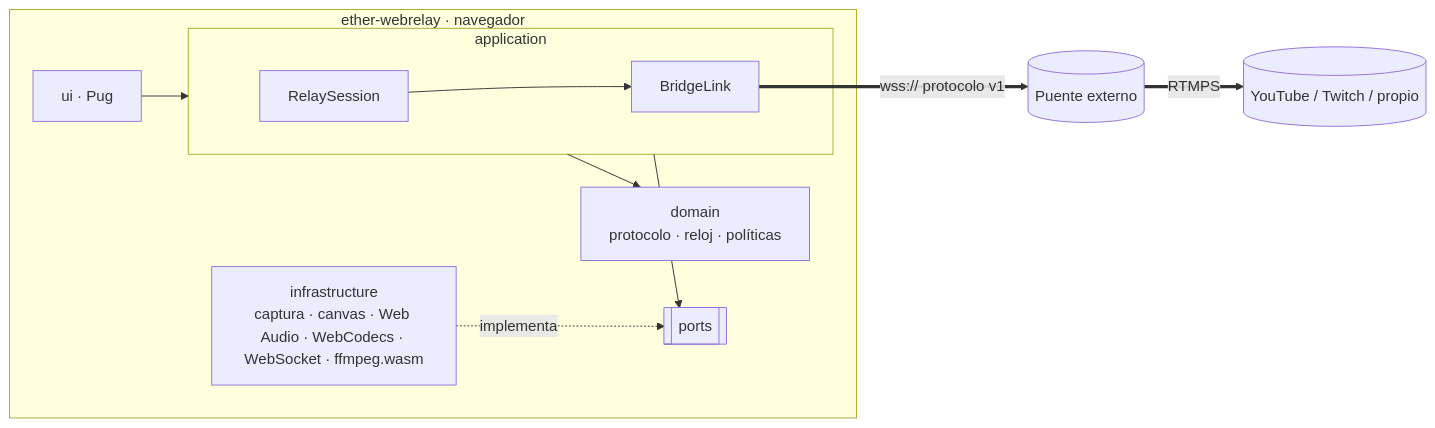
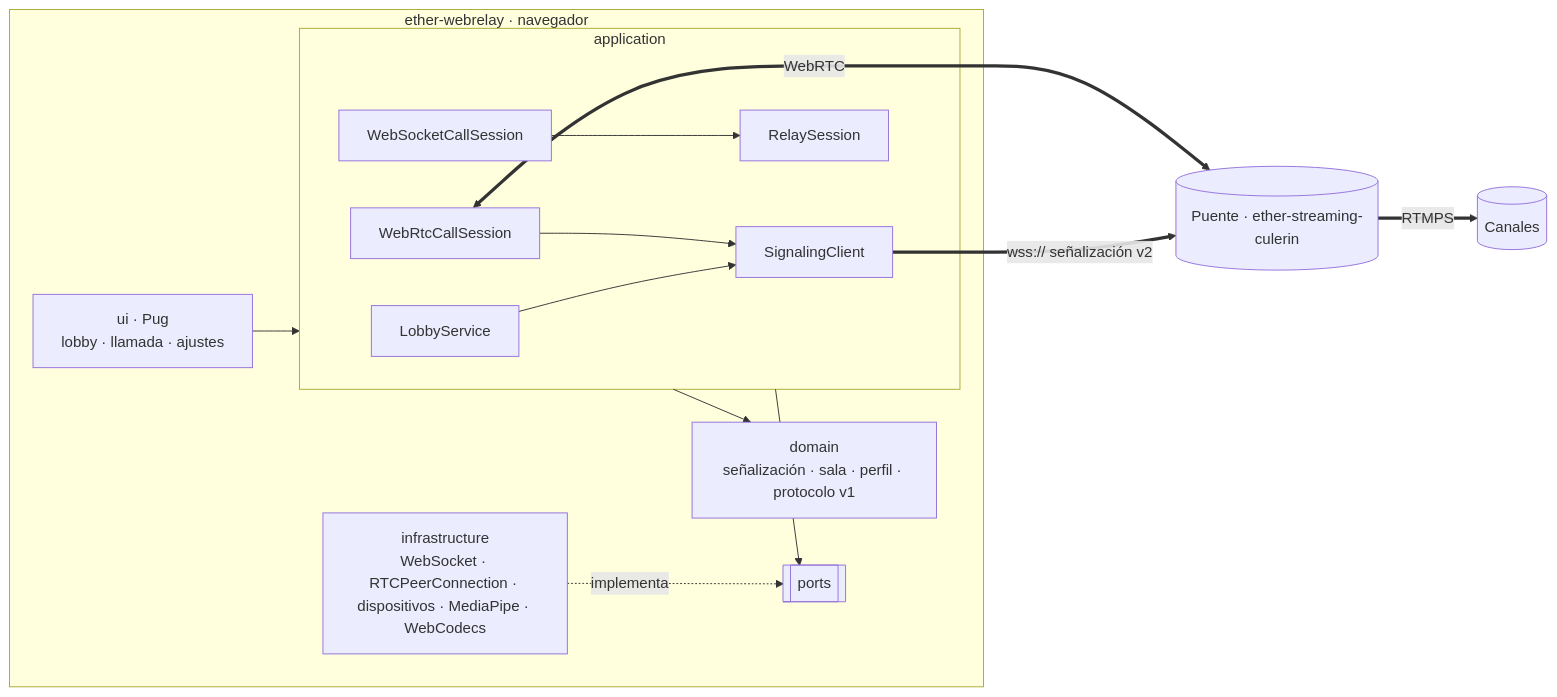
Before and after one commit to rafex/ether-webrelay: the diagram in spec-native/ARCHITECTURE.md, drawn with Mermaid. The commit also changed other lines of this file and 27 other files, not shown here.

````diff
--- a/spec-native/ARCHITECTURE.md
+++ b/spec-native/ARCHITECTURE.md
@@ -21,14 +23,17 @@
 ```mermaid
 flowchart LR
     subgraph webrelay[ether-webrelay · navegador]
-        UI[ui · Pug] --> APP
+        UI[ui · Pug<br/>lobby · llamada · ajustes] --> APP
         subgraph APP[application]
-            RS[RelaySession] --> BL[BridgeLink]
+            LS[LobbyService] --> SC[SignalingClient]
+            WC[WebRtcCallSession] --> SC
+            WSC[WebSocketCallSession] --> RS[RelaySession]
         end
-        APP --> DOM[domain<br/>protocolo · reloj · políticas]
+        APP --> DOM[domain<br/>señalización · sala · perfil · protocolo v1]
         APP --> PORTS[[ports]]
-        INFRA[infrastructure<br/>captura · canvas · Web Audio · WebCodecs · WebSocket · ffmpeg.wasm] -.implementa.-> PORTS
+        INFRA[infrastructure<br/>WebSocket · RTCPeerConnection · dispositivos · MediaPipe · WebCodecs] -.implementa.-> PORTS
     end
-    BL == "wss:// protocolo v1" ==> BRIDGE[(Puente externo)]
-    BRIDGE == RTMPS ==> INGEST[(YouTube / Twitch / propio)]
+    SC == "wss:// señalización v2" ==> BRIDGE[(Puente · ether-streaming-culerin)]
+    WC <== WebRTC ==> BRIDGE
+    BRIDGE == RTMPS ==> INGEST[(Canales)]
 ```
````
